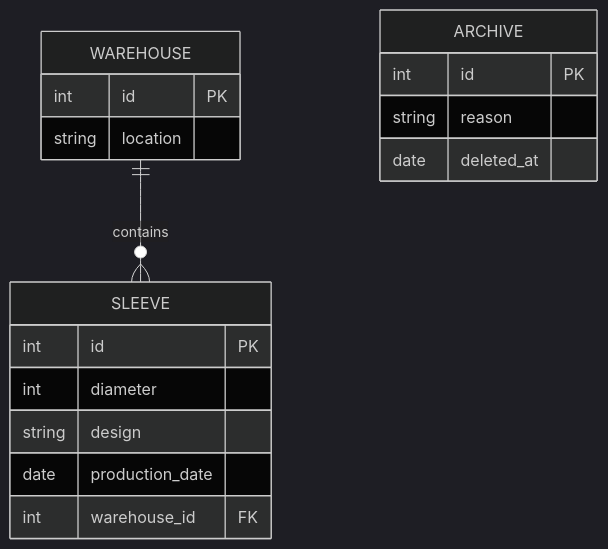
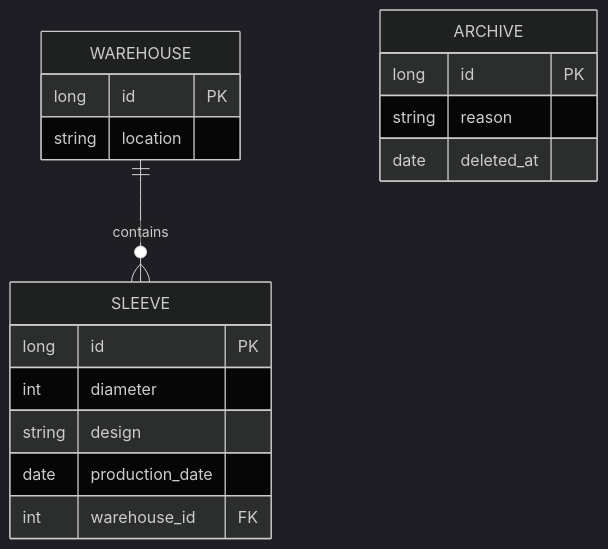
One commit to GeorgiIvanov800/ruest-team-manager changed the second of 2 diagrams in README.md. Above: the diagram before and after it, drawn with Mermaid (dark theme).

````diff
--- a/README.md
+++ b/README.md
@@ -64,23 +64,23 @@
 ```mermaid
 erDiagram
     WAREHOUSE ||--o{ SLEEVE : contains
 
     WAREHOUSE {
-        int id PK
+        long id PK
         string location
     }
 
     SLEEVE {
-        int id PK
+        long id PK
         int diameter
         string design
         date production_date
         int warehouse_id FK
     }
 
     ARCHIVE {
-        int id PK
+        long id PK
         string reason
         date deleted_at
     }
 ```
````
